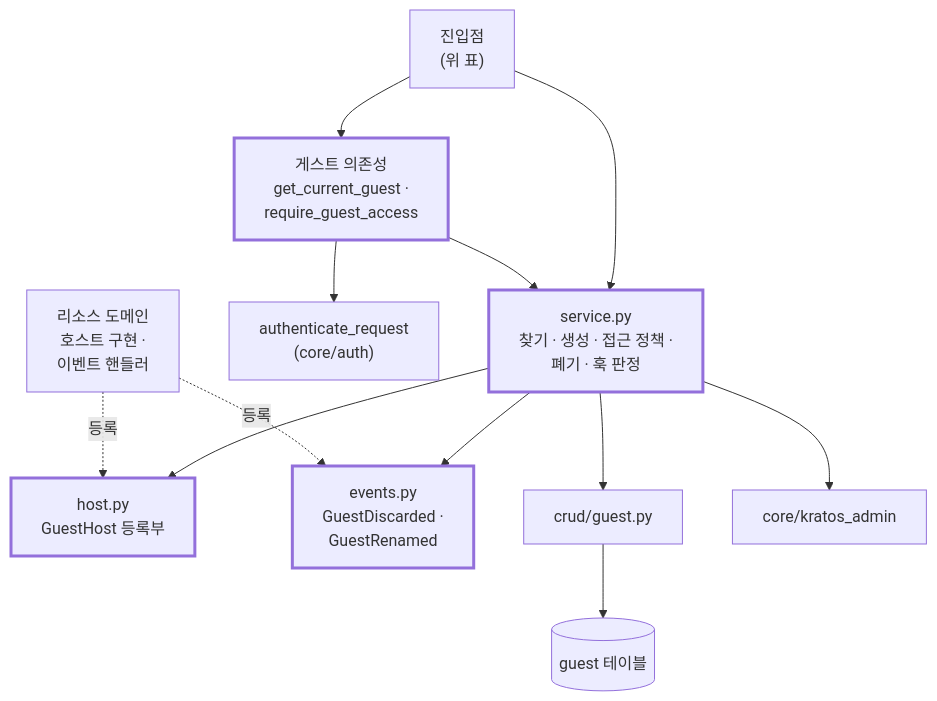
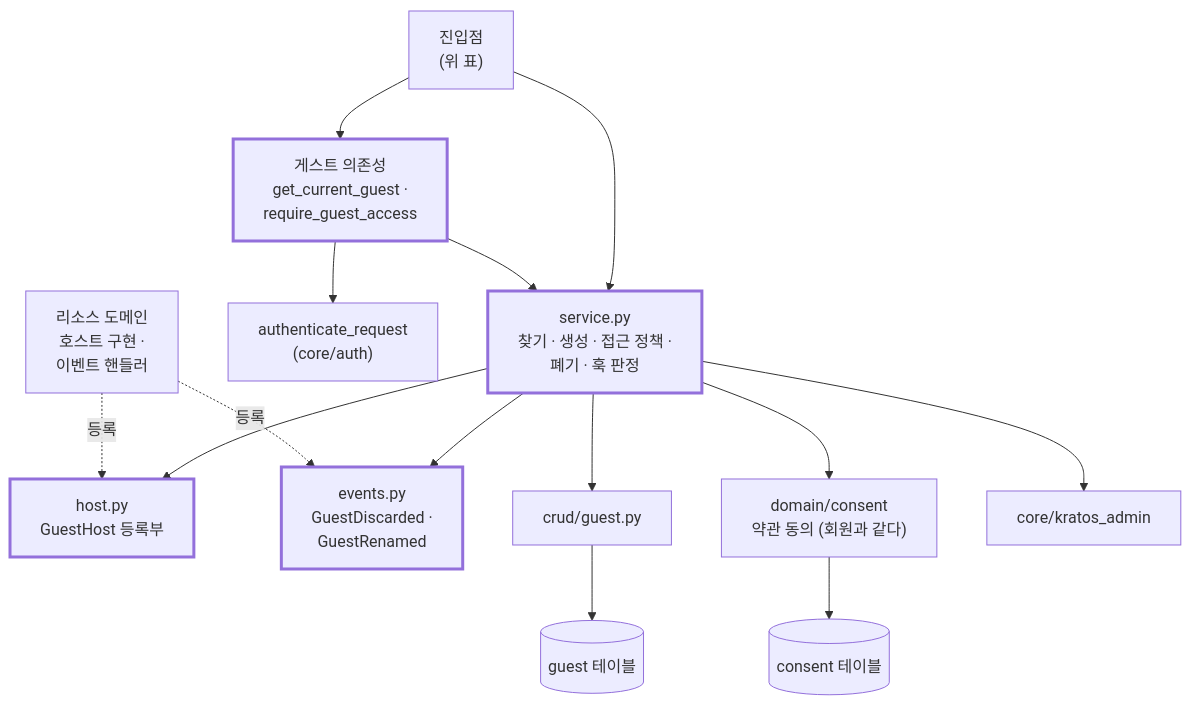
The tenth of 10 diagrams in docs/guides/guest.ko.md (onprem-hipster-timer/backend), drawn with Mermaid before and after one commit. The commit also changed other lines of this file and 4 other files, not shown here.

````diff
--- a/docs/guides/guest.ko.md
+++ b/docs/guides/guest.ko.md
@@ -716,16 +762,17 @@
 ```mermaid
 graph TD
     IN["진입점<br/>(위 표)"] --> DEP["게스트 의존성<br/>get_current_guest ·<br/>require_guest_access"]
     IN --> SVC
     DEP --> AUTH["authenticate_request<br/>(core/auth)"]
     DEP --> SVC["service.py<br/>찾기 · 생성 · 접근 정책 ·<br/>폐기 · 훅 판정"]
     SVC --> HOST["host.py<br/>GuestHost 등록부"]
     SVC --> EV["events.py<br/>GuestDiscarded ·<br/>GuestRenamed"]
     SVC --> CRUD["crud/guest.py"] --> TBL[("guest 테이블")]
+    SVC --> CON["domain/consent<br/>약관 동의 (회원과 같다)"] --> CTBL[("consent 테이블")]
     SVC --> EXT["core/kratos_admin"]
     RES["리소스 도메인<br/>호스트 구현 ·<br/>이벤트 핸들러"] -.->|등록| HOST
     RES -.->|등록| EV
 
     classDef guest stroke-width:3px
     class DEP,SVC,HOST,EV guest
 ```
````
